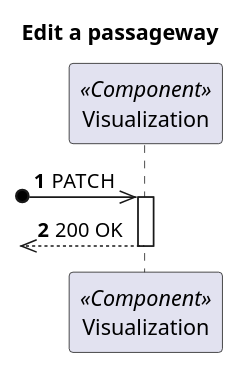
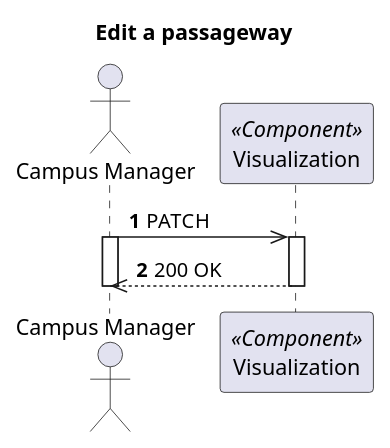
Before and after one commit to 1210910/lapr5: the diagram in docs/VistaProcesso/US250(1180)/Visualization/ProcessView_Level2_US1180.puml, drawn with PlantUML. The commit also changed 14 other files, not shown here.

Commit message:
Fixed diagrams (actor)

```diff
--- a/docs/VistaProcesso/US250(1180)/Visualization/ProcessView_Level2_US1180.puml
+++ b/docs/VistaProcesso/US250(1180)/Visualization/ProcessView_Level2_US1180.puml
@@ -1,16 +1,20 @@
 @startuml Process View - Level 2 - Edit a passageway
 'https://plantuml.com/sequence-diagram
 
 autonumber
 skinparam packageStyle rect
 
 title Edit a passageway
 
+actor "Campus Manager" as CM
 participant "Visualization" as MD <<Component>>
 
-?o->> MD : PATCH
+CM->> MD : PATCH
 
+activate CM
 activate MD
-?o<<--- MD : 200 OK
+CM<<--- MD : 200 OK
 deactivate MD
+deactivate CM
+
 @enduml
```
